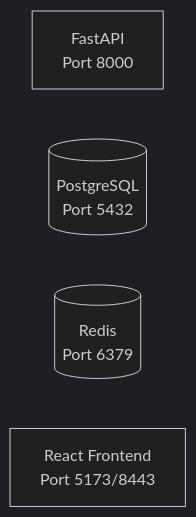
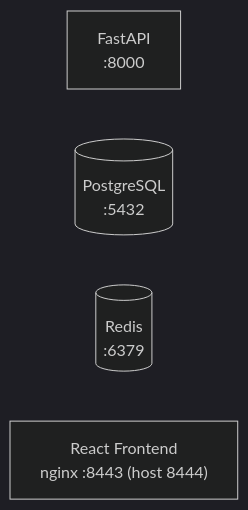
One commit to mikesvoboda/nemotron-v3-home-security-intelligence changed the third of 9 diagrams in docs/diagrams/README.md. Above: the diagram before and after it, drawn with Mermaid. The commit also changed other lines of this file and 231 other files, not shown here.

````diff
--- a/docs/diagrams/README.md
+++ b/docs/diagrams/README.md
@@ -76,8 +80,8 @@
 ```mermaid
 %%{init: {'theme': 'dark'}}%%
 flowchart LR
-    API["FastAPI<br/>Port 8000"]
-    DB[(PostgreSQL<br/>Port 5432)]
-    REDIS[(Redis<br/>Port 6379)]
-    UI["React Frontend<br/>Port 5173/8443"]
+    API["FastAPI<br/>:8000"]
+    DB[(PostgreSQL<br/>:5432)]
+    REDIS[(Redis<br/>:6379)]
+    UI["React Frontend<br/>nginx :8443 (host 8444)"]
 ```
````
